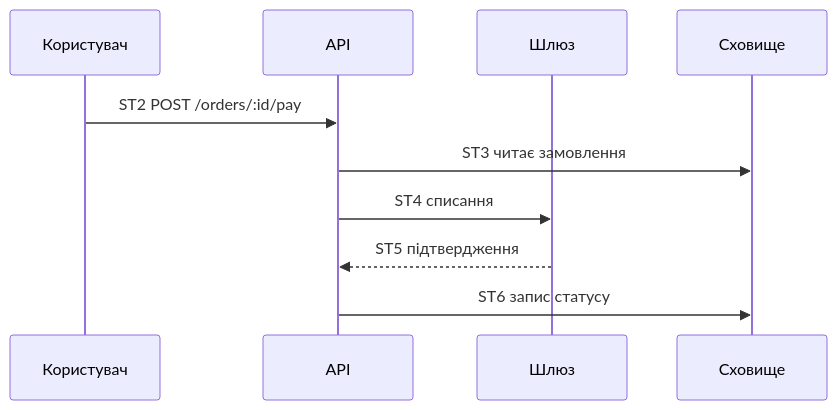
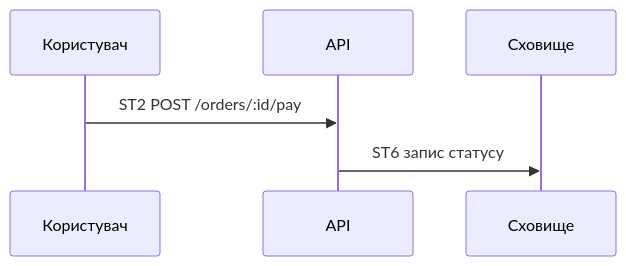
One commit to romxnb/restrukt changed the first of 3 diagrams in skills/revision/references/diagrams.md. Above: the diagram before and after it, drawn with Mermaid. The commit also changed other lines of this file and 35 other files, not shown here.

````diff
--- a/skills/revision/references/diagrams.md
+++ b/skills/revision/references/diagrams.md
@@ -48,12 +26,8 @@
 ```mermaid
 sequenceDiagram
   participant U as Користувач
   participant A as API
-  participant P as Шлюз
   participant D as Сховище
   U->>A: ST2 POST /orders/:id/pay
-  A->>D: ST3 читає замовлення
-  A->>P: ST4 списання
-  P-->>A: ST5 підтвердження
   A->>D: ST6 запис статусу
 ```
````
